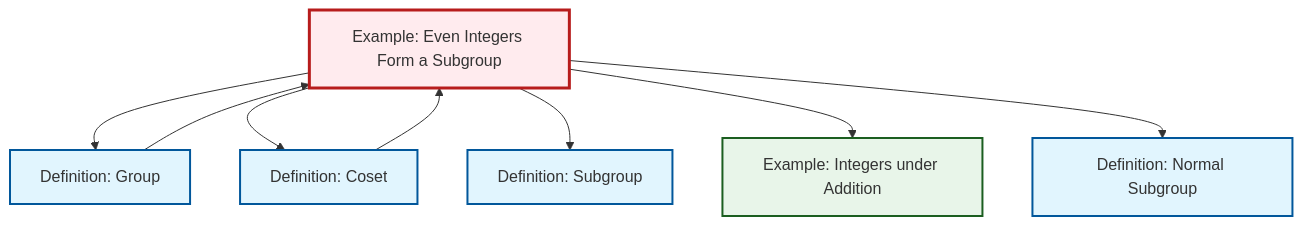
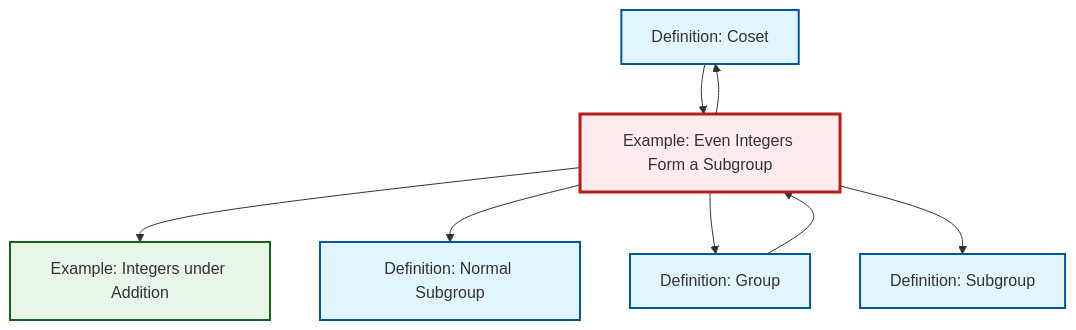
The diagram in content/ja/algebra/ex-even-integers-subgroup.qmd (RK0429/ModernMath), drawn with Mermaid before and after one commit. The commit also changed other lines of this file and 434 other files, not shown here.

````diff
--- a/content/ja/algebra/ex-even-integers-subgroup.qmd
+++ b/content/ja/algebra/ex-even-integers-subgroup.qmd
@@ -51,28 +51,28 @@
 ```{mermaid}
 %%| fig-cap: "Local dependency graph"
 graph TD
     classDef definition fill:#e1f5fe,stroke:#01579b,stroke-width:2px
     classDef theorem fill:#f3e5f5,stroke:#4a148c,stroke-width:2px
     classDef axiom fill:#fff3e0,stroke:#e65100,stroke-width:2px
     classDef example fill:#e8f5e9,stroke:#1b5e20,stroke-width:2px
     classDef current fill:#ffebee,stroke:#b71c1c,stroke-width:3px
-    ex-even-integers-subgroup["Example: Even Integers Form a Subgroup"]:::example
     def-coset["Definition: Coset"]:::definition
+    def-group["Definition: Group"]:::definition
     def-normal-subgroup["Definition: Normal Subgroup"]:::definition
     ex-integers-addition["Example: Integers under Addition"]:::example
+    ex-even-integers-subgroup["Example: Even Integers Form a Subgroup"]:::example
     def-subgroup["Definition: Subgroup"]:::definition
-    def-group["Definition: Group"]:::definition
-    def-coset --> ex-even-integers-subgroup
+    ex-even-integers-subgroup --> def-coset
+    ex-even-integers-subgroup --> ex-integers-addition
+    ex-even-integers-subgroup --> def-normal-subgroup
     def-group --> ex-even-integers-subgroup
     ex-even-integers-subgroup --> def-group
-    ex-even-integers-subgroup --> def-coset
+    def-coset --> ex-even-integers-subgroup
     ex-even-integers-subgroup --> def-subgroup
-    ex-even-integers-subgroup --> ex-integers-addition
-    ex-even-integers-subgroup --> def-normal-subgroup
     class ex-even-integers-subgroup current
     click def-coset "def-coset.html" "Definition: Cosetへ"
+    click def-group "def-group.html" "Definition: Groupへ"
     click def-normal-subgroup "def-normal-subgroup.html" "Definition: Normal Subgroupへ"
     click ex-integers-addition "ex-integers-addition.html" "Example: Integers under Additionへ"
     click def-subgroup "def-subgroup.html" "Definition: Subgroupへ"
-    click def-group "def-group.html" "Definition: Groupへ"
 ```
````
